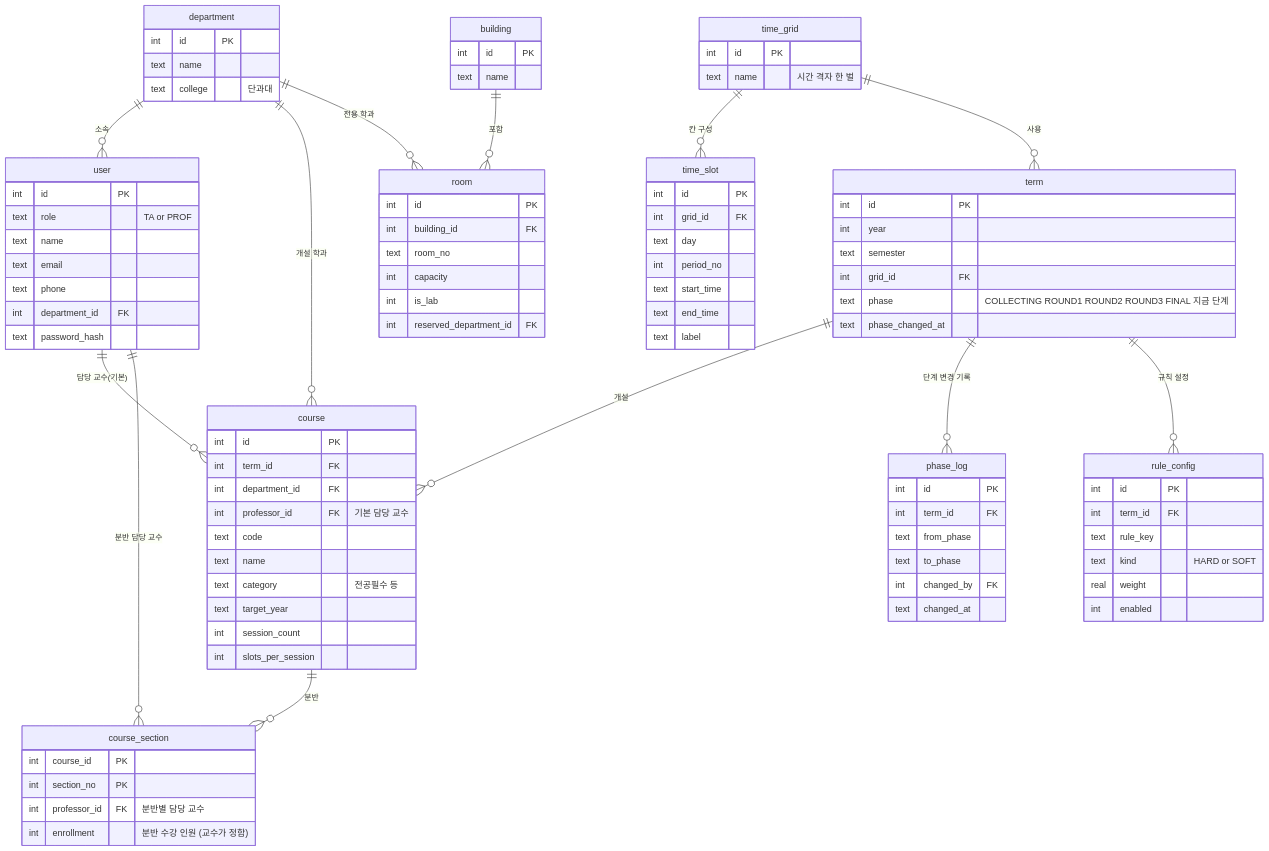
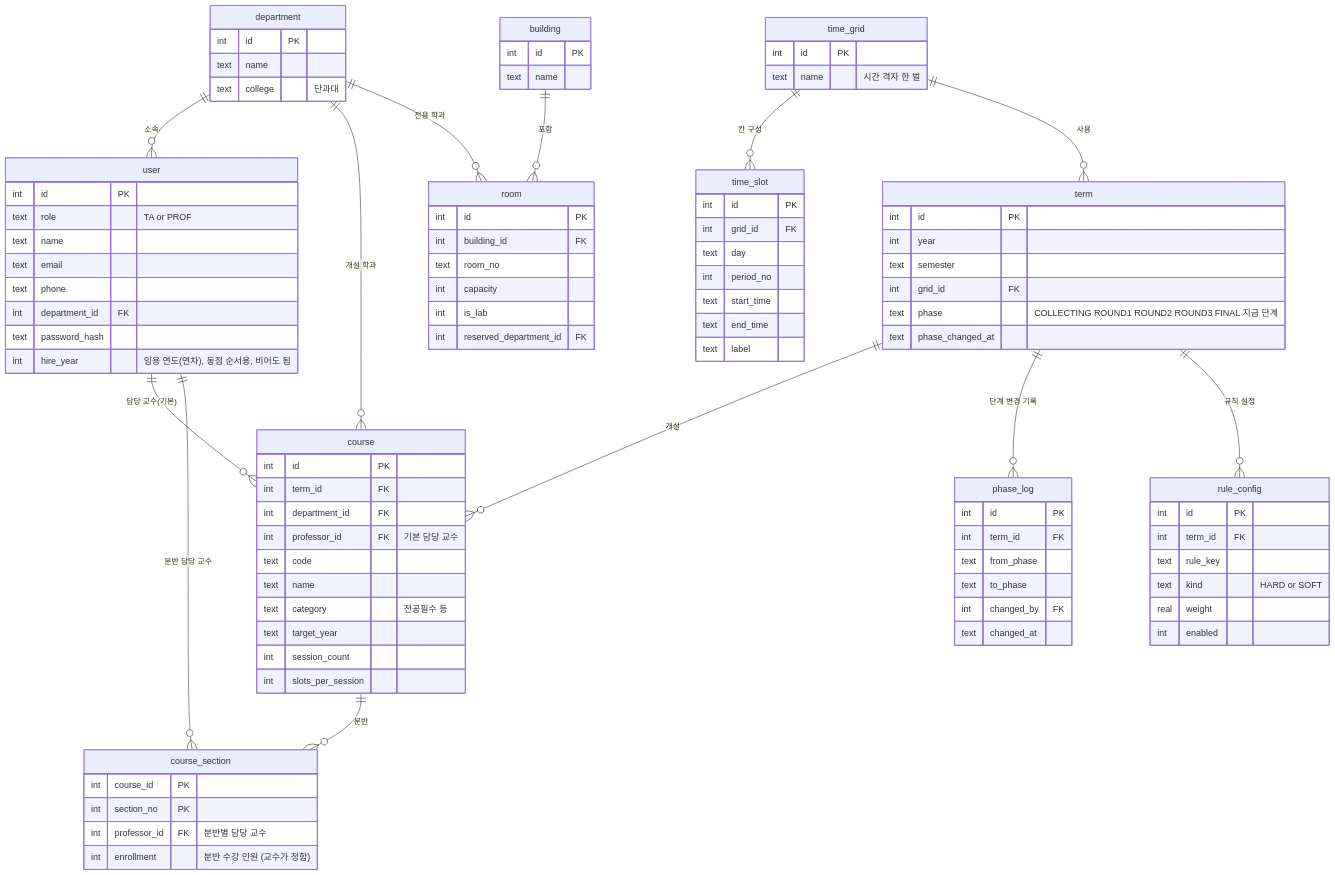
One commit to NLPproject-ssuTeam12/ssu-room changed the diagram in db/docs/c1.mmd. Above: the diagram before and after it, drawn with Mermaid. The commit also changed 4 other files, not shown here.

```diff
--- a/db/docs/c1.mmd
+++ b/db/docs/c1.mmd
@@ -1,94 +1,95 @@
 erDiagram
     department ||--o{ user : "소속"
     department ||--o{ course : "개설 학과"
     department ||--o{ room : "전용 학과"
     time_grid ||--o{ time_slot : "칸 구성"
     time_grid ||--o{ term : "사용"
     term ||--o{ course : "개설"
     term ||--o{ phase_log : "단계 변경 기록"
     term ||--o{ rule_config : "규칙 설정"
     user ||--o{ course : "담당 교수(기본)"
     course ||--o{ course_section : "분반"
     user ||--o{ course_section : "분반 담당 교수"
     building ||--o{ room : "포함"
     department {
         int id PK
         text name
         text college "단과대"
     }
     user {
         int id PK
         text role "TA or PROF"
         text name
         text email
         text phone
         int department_id FK
         text password_hash
+        int hire_year "임용 연도(연차), 동점 순서용, 비어도 됨"
     }
     time_grid {
         int id PK
         text name "시간 격자 한 벌"
     }
     time_slot {
         int id PK
         int grid_id FK
         text day
         int period_no
         text start_time
         text end_time
         text label
     }
     term {
         int id PK
         int year
         text semester
         int grid_id FK
         text phase "COLLECTING ROUND1 ROUND2 ROUND3 FINAL 지금 단계"
         text phase_changed_at
     }
     phase_log {
         int id PK
         int term_id FK
         text from_phase
         text to_phase
         int changed_by FK
         text changed_at
     }
     building {
         int id PK
         text name
     }
     room {
         int id PK
         int building_id FK
         text room_no
         int capacity
         int is_lab
         int reserved_department_id FK
     }
     course {
         int id PK
         int term_id FK
         int department_id FK
         int professor_id FK "기본 담당 교수"
         text code
         text name
         text category "전공필수 등"
         text target_year
         int session_count
         int slots_per_session
     }
     course_section {
         int course_id PK
         int section_no PK
         int professor_id FK "분반별 담당 교수"
         int enrollment "분반 수강 인원 (교수가 정함)"
     }
     rule_config {
         int id PK
         int term_id FK
         text rule_key
         text kind "HARD or SOFT"
         real weight
         int enabled
     }
```
